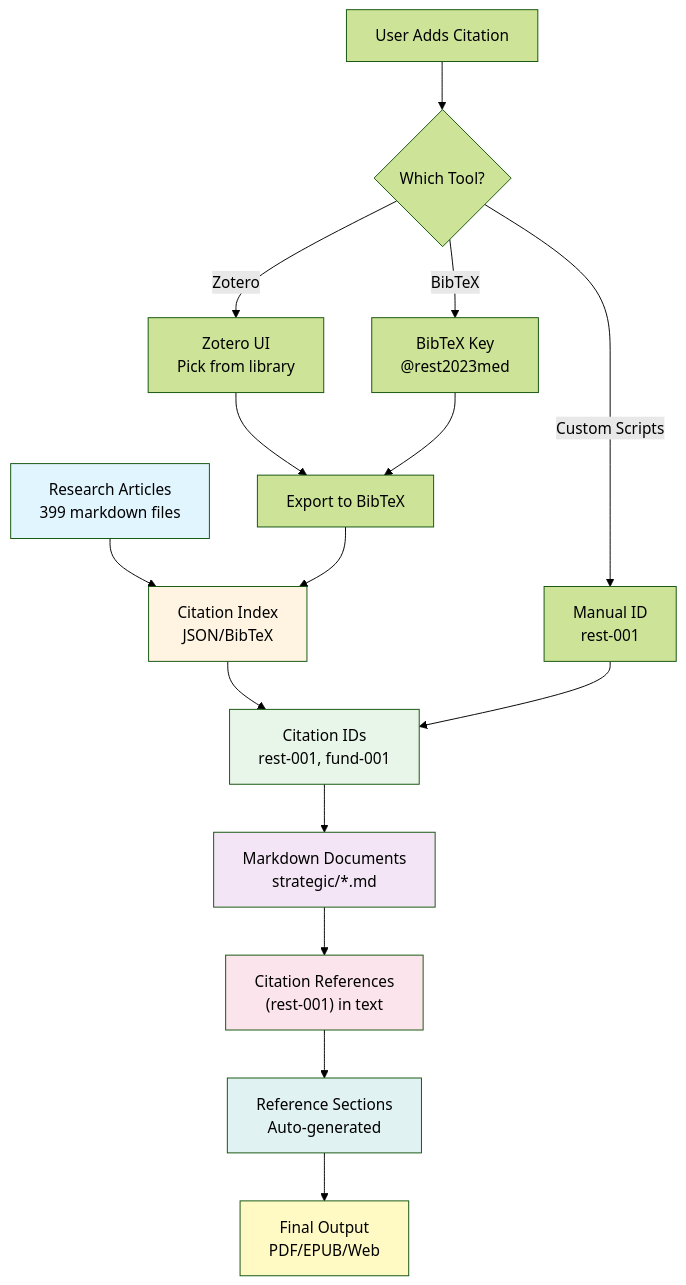
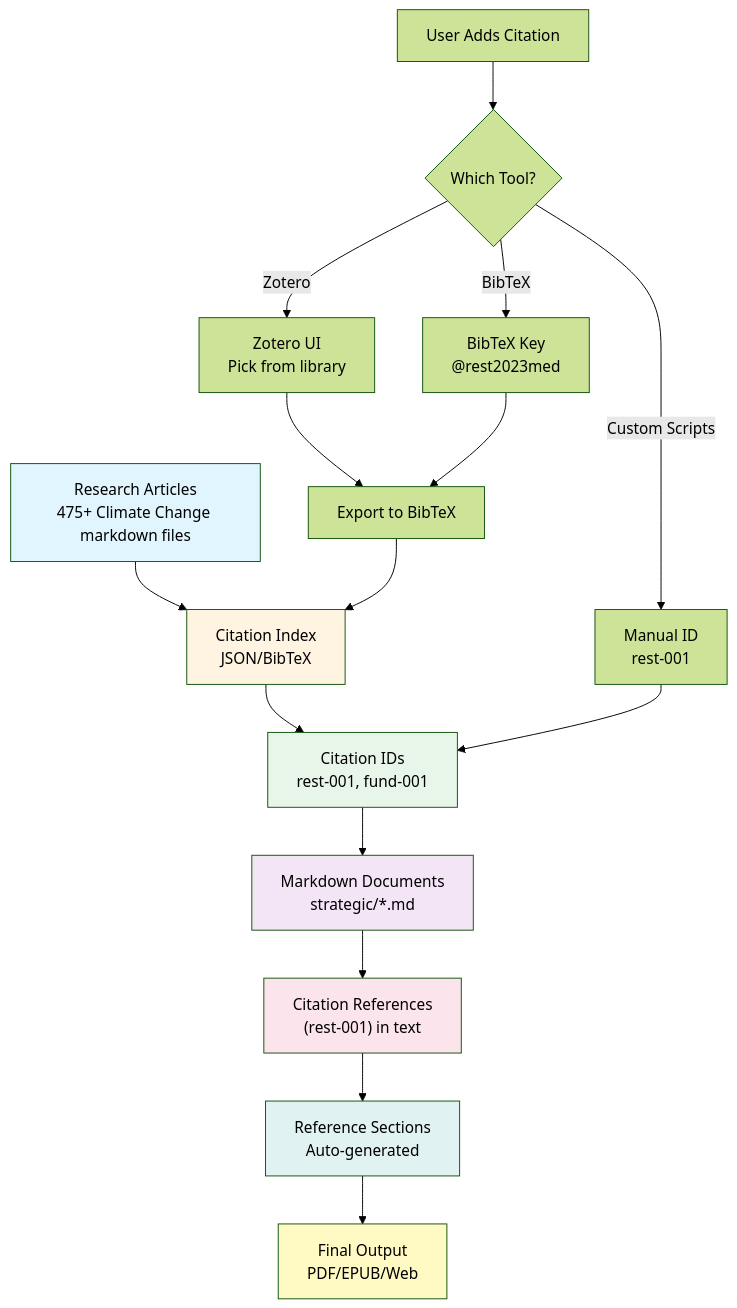
The first of 16 diagrams in research/CITATION_SYSTEM_ARCHITECTURE.md (presiannedyalkov/eco-balance-documentation), drawn with Mermaid (forest theme) before and after one commit. The commit also changed other lines of this file and 41 other files, not shown here.

````diff
--- a/research/CITATION_SYSTEM_ARCHITECTURE.md
+++ b/research/CITATION_SYSTEM_ARCHITECTURE.md
@@ -31,27 +31,27 @@
 ```mermaid
 flowchart TD
-    A[Research Articles<br/>399 markdown files] --> B[Citation Index<br/>JSON/BibTeX]
+    A[Research Articles<br/>475+ Climate Change markdown files] --> B[Citation Index<br/>JSON/BibTeX]
     B --> C[Citation IDs<br/>rest-001, fund-001]
     C --> D[Markdown Documents<br/>strategic/*.md]
     D --> E["Citation References<br/>(rest-001) in text"]
     E --> F[Reference Sections<br/>Auto-generated]
     F --> G[Final Output<br/>PDF/EPUB/Web]
     
     H[User Adds Citation] --> I{Which Tool?}
     I -->|Custom Scripts| J[Manual ID<br/>rest-001]
     I -->|Zotero| K[Zotero UI<br/>Pick from library]
     I -->|BibTeX| L[BibTeX Key<br/>@rest2023med]
     
     J --> C
     K --> M[Export to BibTeX]
     L --> M
     M --> B
     
     style A fill:#e1f5ff
     style B fill:#fff4e1
     style C fill:#e8f5e9
     style D fill:#f3e5f5
     style E fill:#fce4ec
     style F fill:#e0f2f1
     style G fill:#fff9c4
 ```
````
